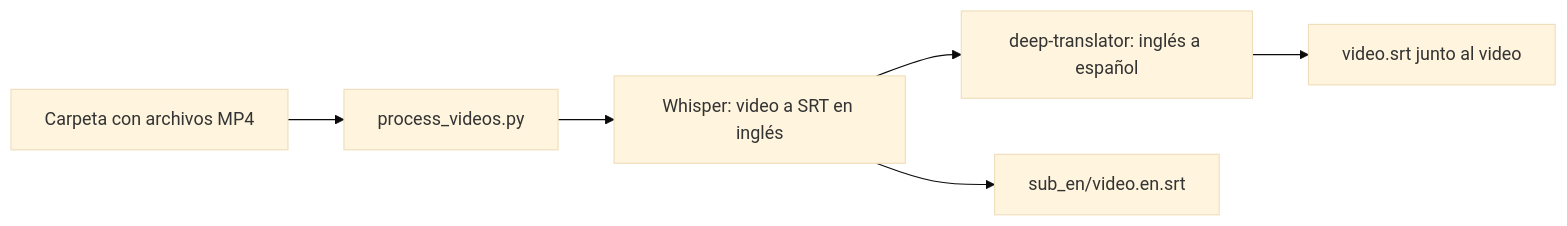
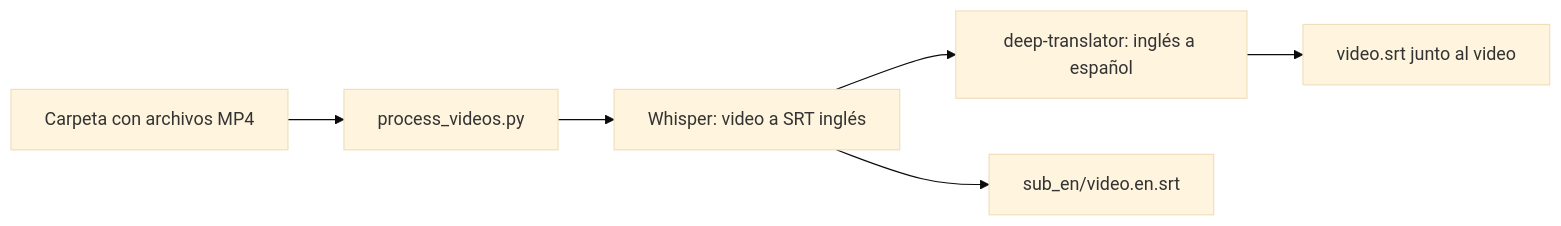
Before and after one commit to jdfesa/subtitles-srt-bridge: the first of 2 diagrams in docs/PROJECT.md, drawn with Mermaid (base theme). The commit also changed other lines of this file and 3 other files, not shown here.

````diff
--- a/docs/PROJECT.md
+++ b/docs/PROJECT.md
@@ -25,8 +25,8 @@
 ```mermaid
 flowchart LR
     A["Carpeta con archivos MP4"] --> B["process_videos.py"]
-    B --> C["Whisper: video a SRT en inglés"]
+    B --> C["Whisper: video a SRT inglés"]
     C --> D["deep-translator: inglés a español"]
     D --> E["video.srt junto al video"]
     C --> F["sub_en/video.en.srt"]
 ```
````
